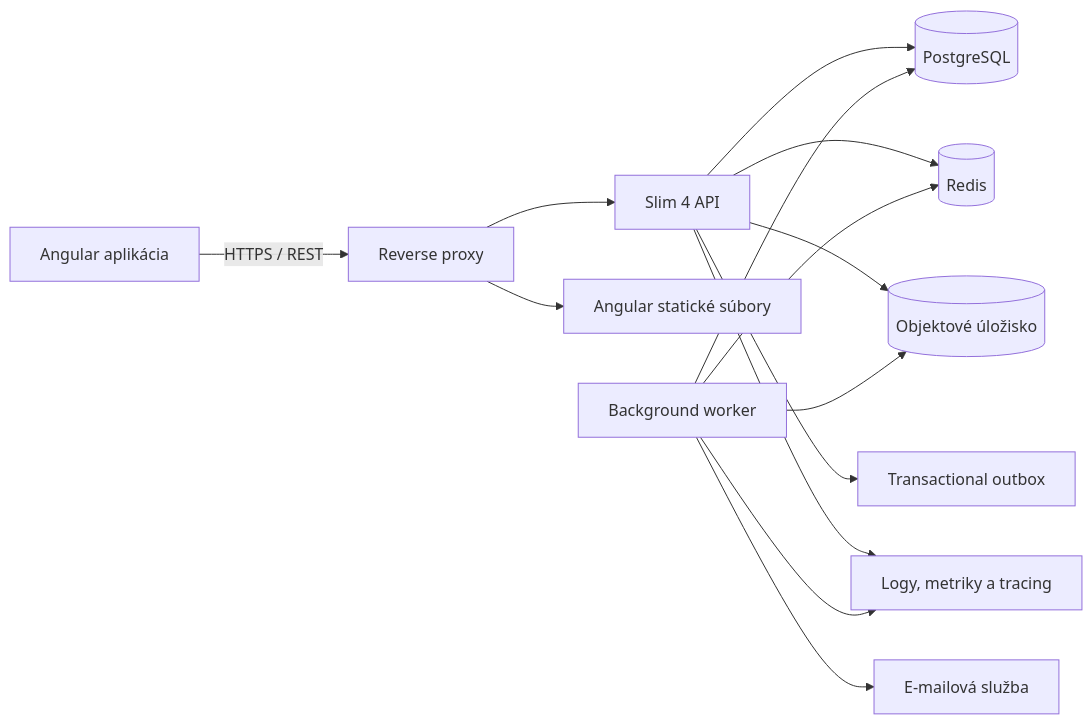
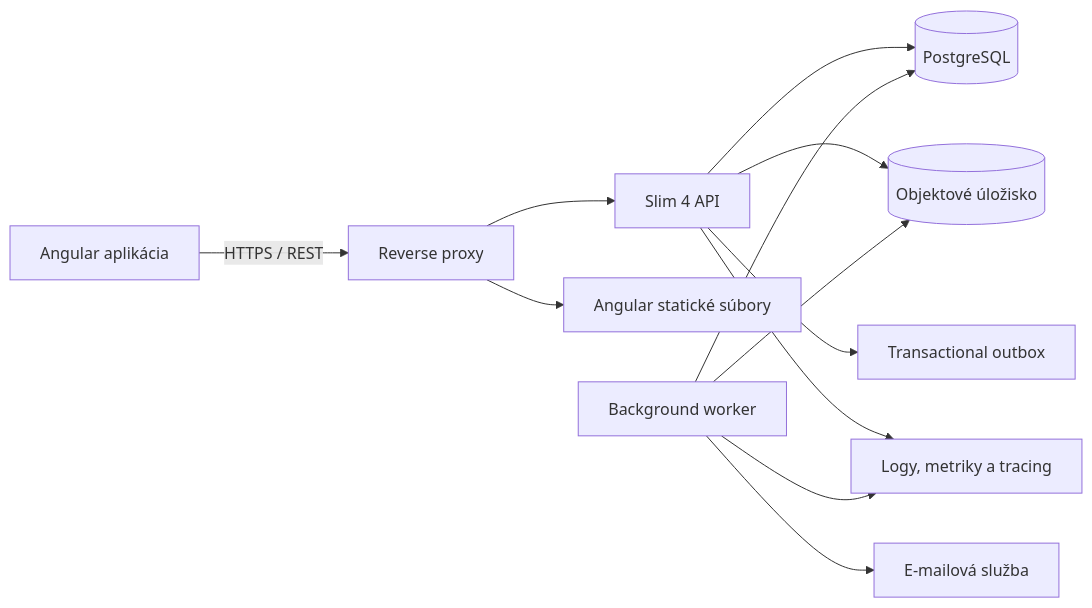
Before and after one commit to JurajPacolt/sova: the second of 3 diagrams in README.md, drawn with Mermaid. The commit also changed other lines of this file and 289 other files, not shown here.

````diff
--- a/README.md
+++ b/README.md
@@ -119,19 +130,17 @@
 ```mermaid
 flowchart LR
     Browser["Angular aplikácia"] -->|HTTPS / REST| Proxy["Reverse proxy"]
     Proxy --> API["Slim 4 API"]
     Proxy --> Static["Angular statické súbory"]
 
     API --> DB[("PostgreSQL")]
-    API --> Redis[("Redis")]
     API --> Storage[("Objektové úložisko")]
     API --> Outbox["Transactional outbox"]
 
     Worker["Background worker"] --> DB
-    Worker --> Redis
     Worker --> Storage
     Worker --> Email["E-mailová služba"]
 
     API --> Observability["Logy, metriky a tracing"]
     Worker --> Observability
 ```
````
